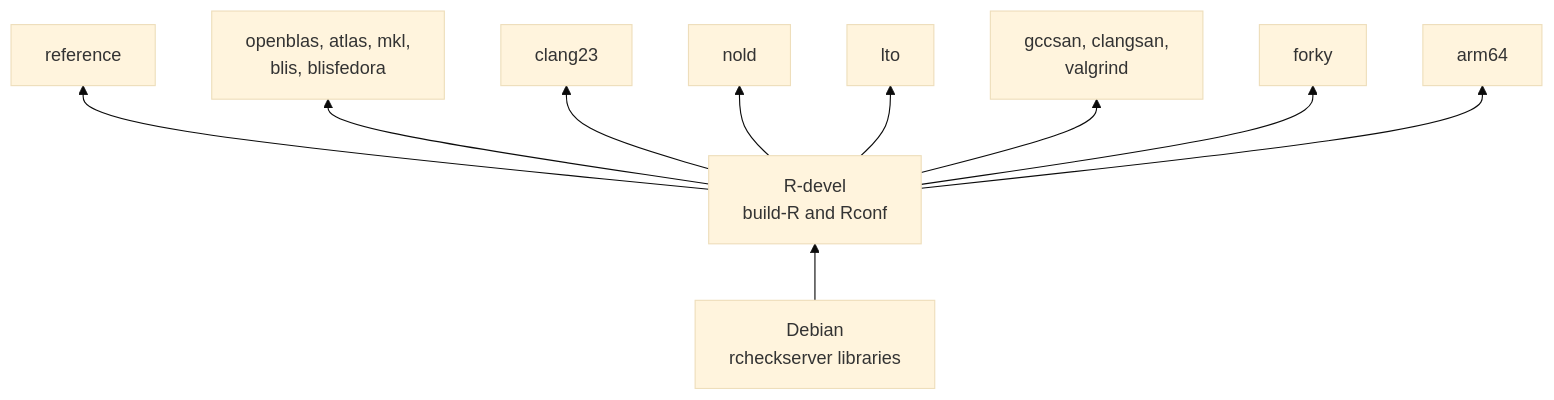
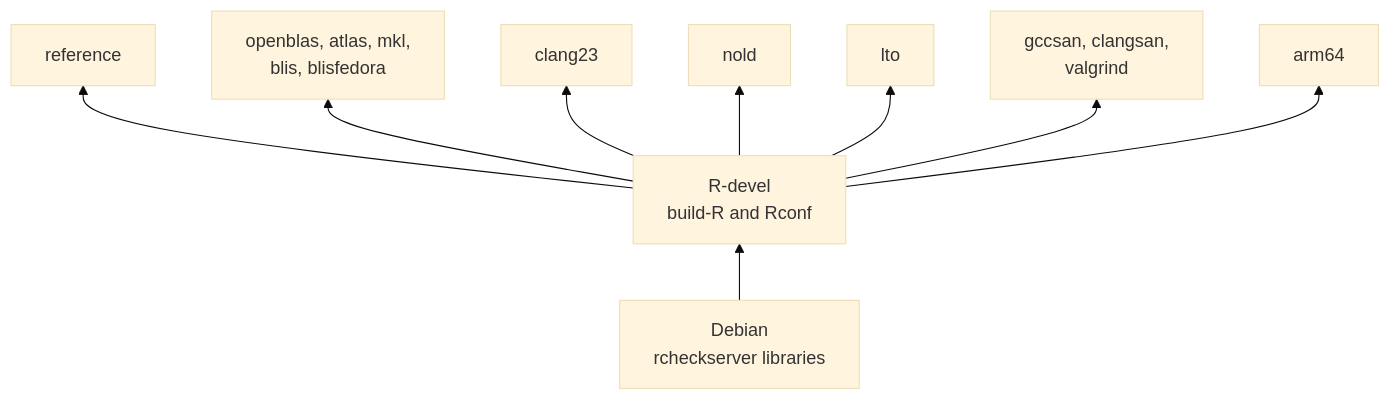
Before and after one commit to coatless/docker-r-check: the first of 3 diagrams in README.md, drawn with Mermaid (base theme). The commit also changed other lines of this file and 30 other files, not shown here.

````diff
--- a/README.md
+++ b/README.md
@@ -49,15 +49,14 @@
 ```mermaid
 flowchart BT
     base["Debian<br/>rcheckserver libraries"]
     build["R-devel<br/>build-R and Rconf"]
     blas["openblas, atlas, mkl,<br/>blis, blisfedora"]
     base --> build
     build --> reference
     build --> blas
     build --> clang23
     build --> nold
     build --> lto
     build --> san["gccsan, clangsan,<br/>valgrind"]
-    build --> forky
     build --> arm64
 ```
````
